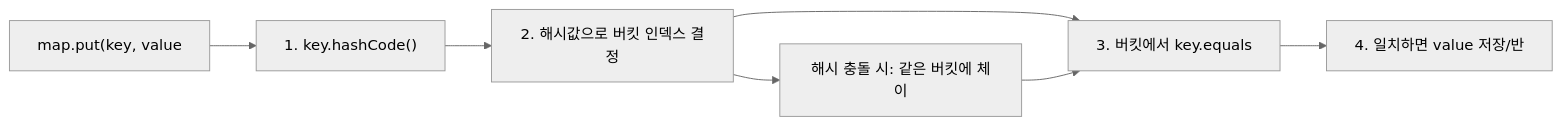
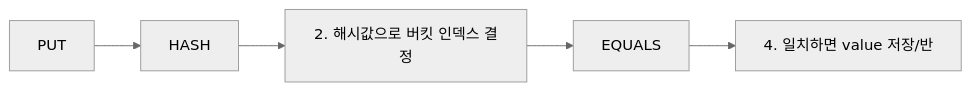
Before and after one commit to yjkim2015/yjkim2015.github.io: the second of 5 diagrams in _posts/java/2026-05-01-java-object-class.md, drawn with Mermaid (neutral theme). The commit also changed other lines of this file and 132 other files, not shown here.

First line of the commit message:
Mermaid 다이어그램 가독성 정리: 단순 제거, 노드 축소, TD→LR 변환

````diff
--- a/_posts/java/2026-05-01-java-object-class.md
+++ b/_posts/java/2026-05-01-java-object-class.md
@@ -290,11 +287,6 @@
 ```mermaid
 graph LR
-    PUT["map.put(key, value"]
-    HASH["1. key.hashCode()"]
     BUCKET["2. 해시값으로 버킷 인덱스 결정"]
-    EQUALS["3. 버킷에서 key.equals"]
     STORE["4. 일치하면 value 저장/반"]
-    CHAIN["해시 충돌 시: 같은 버킷에 체이"]
     PUT --> HASH --> BUCKET --> EQUALS --> STORE
-    BUCKET --> CHAIN --> EQUALS
 ```
````
